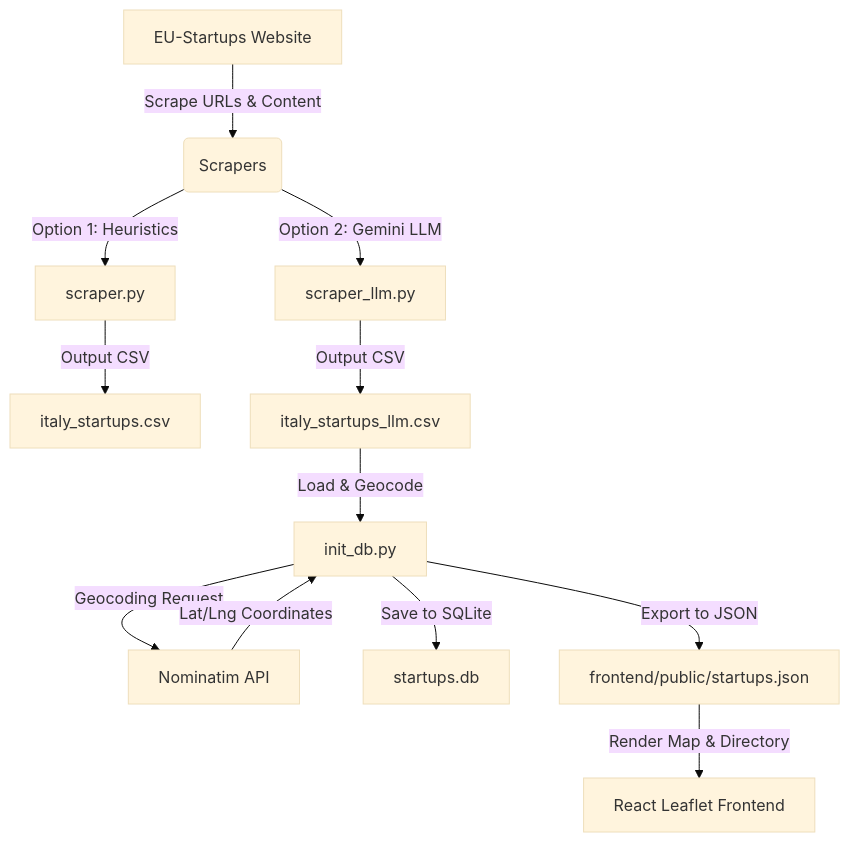
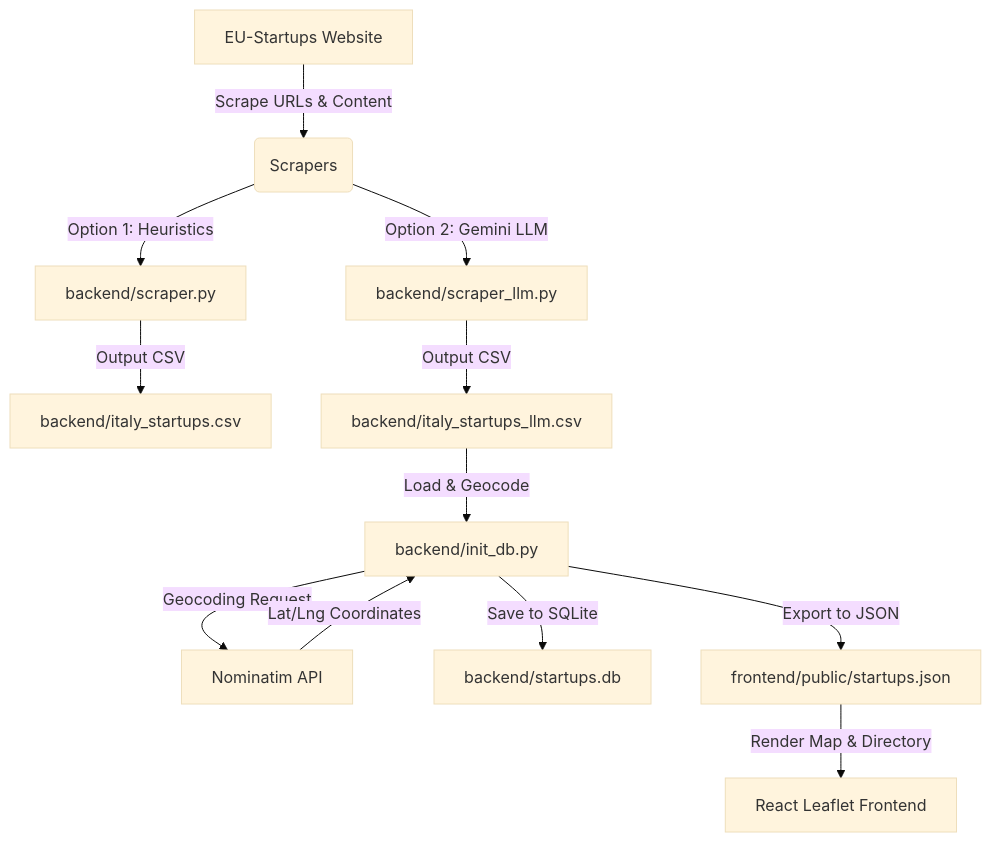
The diagram in docs/architecture.md (agulli/italy_startup), drawn with Mermaid (base theme) before and after one commit. The commit also changed other lines of this file and 8 other files, not shown here.

````diff
--- a/docs/architecture.md
+++ b/docs/architecture.md
@@ -16,14 +16,14 @@
 ```mermaid
 graph TD
     A[EU-Startups Website] -->|Scrape URLs & Content| B(Scrapers)
-    B -->|Option 1: Heuristics| C[scraper.py]
-    B -->|Option 2: Gemini LLM| D[scraper_llm.py]
-    C -->|Output CSV| E[italy_startups.csv]
-    D -->|Output CSV| F[italy_startups_llm.csv]
-    F -->|Load & Geocode| G[init_db.py]
+    B -->|Option 1: Heuristics| C[backend/scraper.py]
+    B -->|Option 2: Gemini LLM| D[backend/scraper_llm.py]
+    C -->|Output CSV| E[backend/italy_startups.csv]
+    D -->|Output CSV| F[backend/italy_startups_llm.csv]
+    F -->|Load & Geocode| G[backend/init_db.py]
     G -->|Geocoding Request| H[Nominatim API]
     H -->|Lat/Lng Coordinates| G
-    G -->|Save to SQLite| I[startups.db]
+    G -->|Save to SQLite| I[backend/startups.db]
     G -->|Export to JSON| J[frontend/public/startups.json]
     J -->|Render Map & Directory| K[React Leaflet Frontend]
 ```
````
